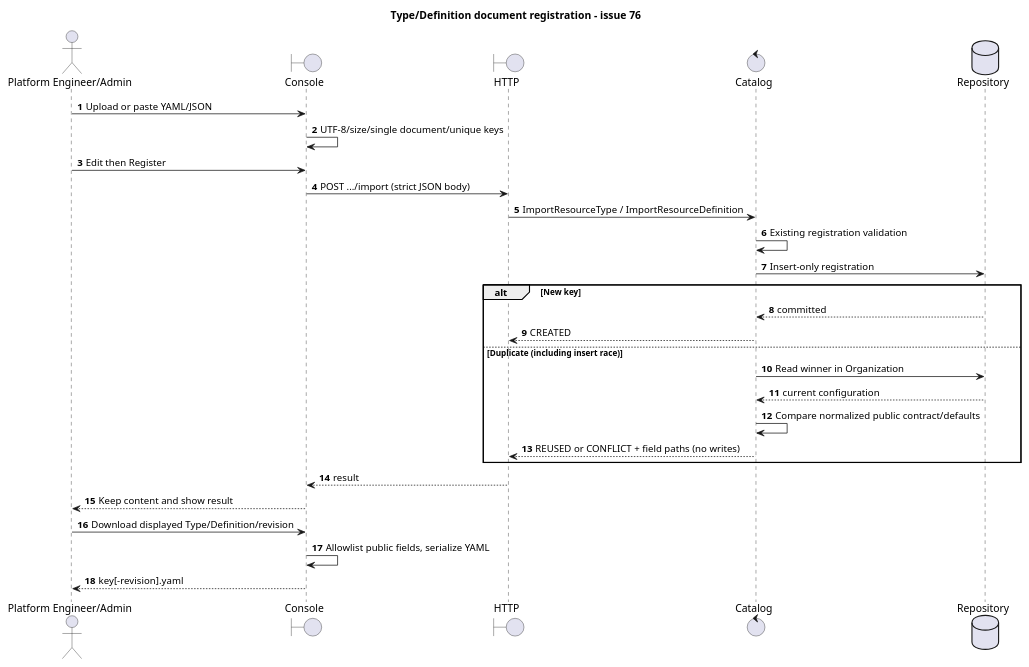
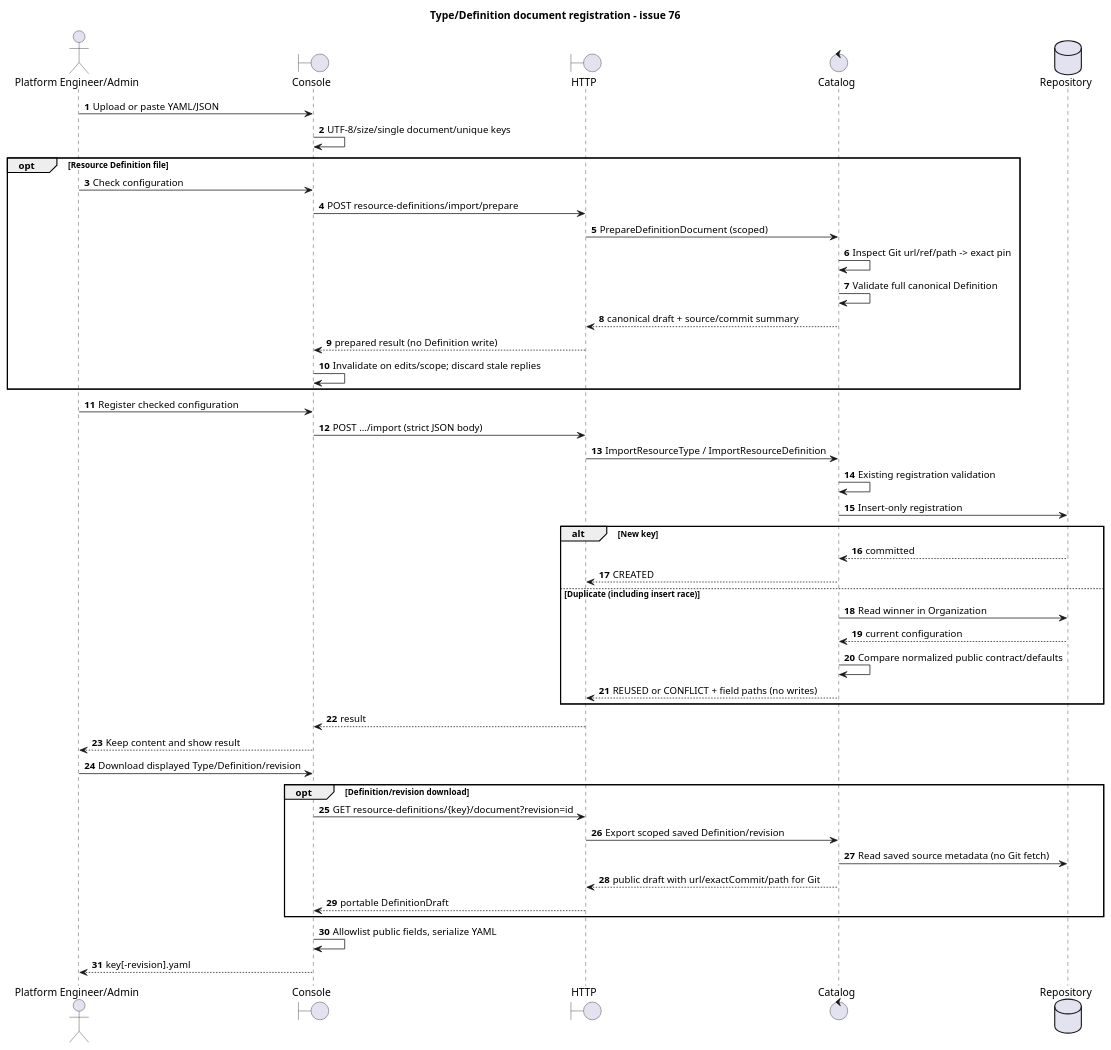
One commit to pr3s3nt/poc changed the diagram in orchestrator_docs/usecase/UC-03/sequence-document.puml. Above: the diagram before and after it, drawn with PlantUML. The commit also changed 8 other files, not shown here.

Commit message:
docs: specify portable Git Definition import and review (Refs #79)

```diff
--- a/orchestrator_docs/usecase/UC-03/sequence-document.puml
+++ b/orchestrator_docs/usecase/UC-03/sequence-document.puml
@@ -1,30 +1,47 @@
 @startuml
 title Type/Definition document registration - issue 76
 autonumber
 actor "Platform Engineer/Admin" as PE
 boundary Console
 boundary HTTP
 control Catalog
 database Repository
 PE -> Console: Upload or paste YAML/JSON
 Console -> Console: UTF-8/size/single document/unique keys
-PE -> Console: Edit then Register
+opt Resource Definition file
+PE -> Console: Check configuration
+Console -> HTTP: POST resource-definitions/import/prepare
+HTTP -> Catalog: PrepareDefinitionDocument (scoped)
+Catalog -> Catalog: Inspect Git url/ref/path -> exact pin
+Catalog -> Catalog: Validate full canonical Definition
+Catalog --> HTTP: canonical draft + source/commit summary
+HTTP --> Console: prepared result (no Definition write)
+Console -> Console: Invalidate on edits/scope; discard stale replies
+end
+PE -> Console: Register checked configuration
 Console -> HTTP: POST .../import (strict JSON body)
 HTTP -> Catalog: ImportResourceType / ImportResourceDefinition
 Catalog -> Catalog: Existing registration validation
 Catalog -> Repository: Insert-only registration
 alt New key
 Repository --> Catalog: committed
 Catalog --> HTTP: CREATED
 else Duplicate (including insert race)
 Catalog -> Repository: Read winner in Organization
 Repository --> Catalog: current configuration
 Catalog -> Catalog: Compare normalized public contract/defaults
 Catalog --> HTTP: REUSED or CONFLICT + field paths (no writes)
 end
 HTTP --> Console: result
 Console --> PE: Keep content and show result
 PE -> Console: Download displayed Type/Definition/revision
+opt Definition/revision download
+Console -> HTTP: GET resource-definitions/{key}/document?revision=id
+HTTP -> Catalog: Export scoped saved Definition/revision
+Catalog -> Repository: Read saved source metadata (no Git fetch)
+Catalog --> HTTP: public draft with url/exactCommit/path for Git
+HTTP --> Console: portable DefinitionDraft
+end
 Console -> Console: Allowlist public fields, serialize YAML
 Console --> PE: key[-revision].yaml
 @enduml
```
